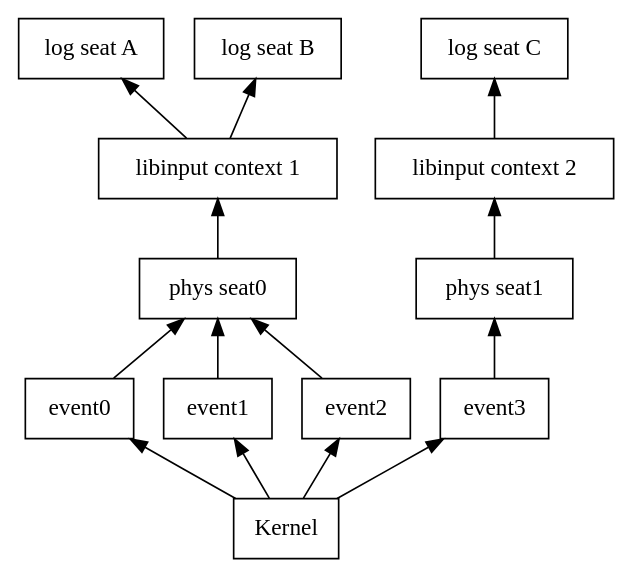
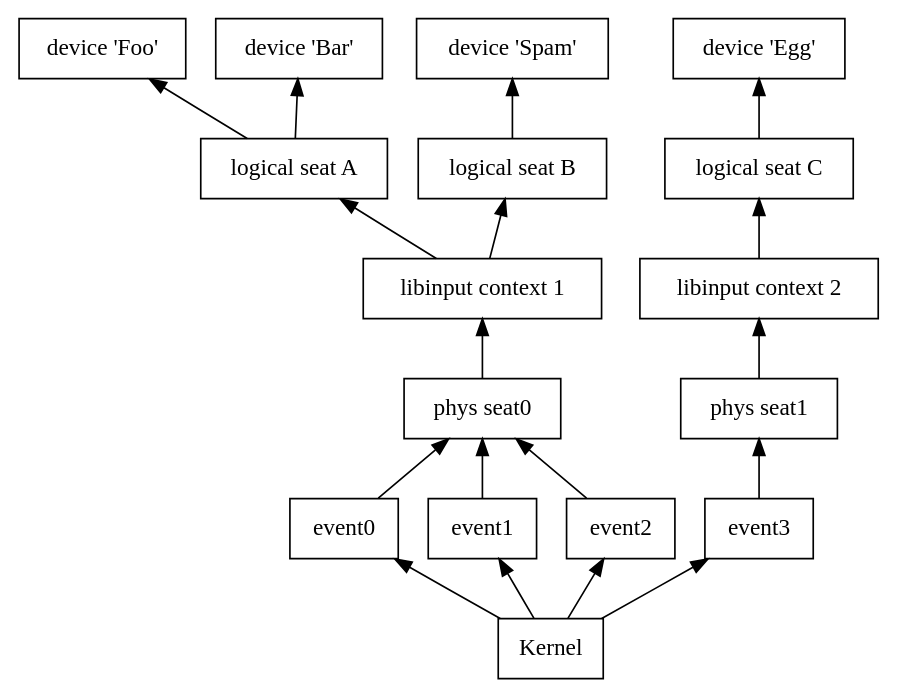
The diagram in doc/dot/seats-sketch.gv (jadahl/libinput), drawn with Graphviz before and after one commit. The commit also changed 4 other files, not shown here.

```diff
--- a/doc/dot/seats-sketch.gv
+++ b/doc/dot/seats-sketch.gv
@@ -1,41 +1,51 @@
 digraph seats
 {
   rankdir="BT";
   node [
     shape="box";
   ]
 
   kernel [label="Kernel"];
 
   event0 [URL="\ref libinput_event"];
   event1 [URL="\ref libinput_event"];
   event2 [URL="\ref libinput_event"];
   event3 [URL="\ref libinput_event"];
 
   pseat0 [label="phys seat0"; URL="\ref libinput_seat_get_physical_name"];
   pseat1 [label="phys seat1"; URL="\ref libinput_seat_get_physical_name"];
 
-  lseatA [label="log seat A"; URL="\ref libinput_seat_get_logical_name"];
-  lseatB [label="log seat B"; URL="\ref libinput_seat_get_logical_name"];
-  lseatC [label="log seat C"; URL="\ref libinput_seat_get_logical_name"];
+  lseatA [label="logical seat A"; URL="\ref libinput_seat_get_logical_name"];
+  lseatB [label="logical seat B"; URL="\ref libinput_seat_get_logical_name"];
+  lseatC [label="logical seat C"; URL="\ref libinput_seat_get_logical_name"];
 
   ctx1 [label="libinput context 1"; URL="\ref libinput"];
   ctx2 [label="libinput context 2"; URL="\ref libinput"];
+
+  dev1 [label="device 'Foo'"];
+  dev2 [label="device 'Bar'"];
+  dev3 [label="device 'Spam'"];
+  dev4 [label="device 'Egg'"];
 
   kernel -> event0
   kernel -> event1
   kernel -> event2
   kernel -> event3
 
   event0 -> pseat0
   event1 -> pseat0
   event2 -> pseat0
   event3 -> pseat1
 
   pseat0 -> ctx1
   pseat1 -> ctx2
 
   ctx1 -> lseatA
   ctx1 -> lseatB
   ctx2 -> lseatC
+
+  lseatA -> dev1
+  lseatA -> dev2
+  lseatB -> dev3
+  lseatC -> dev4
 }
```
